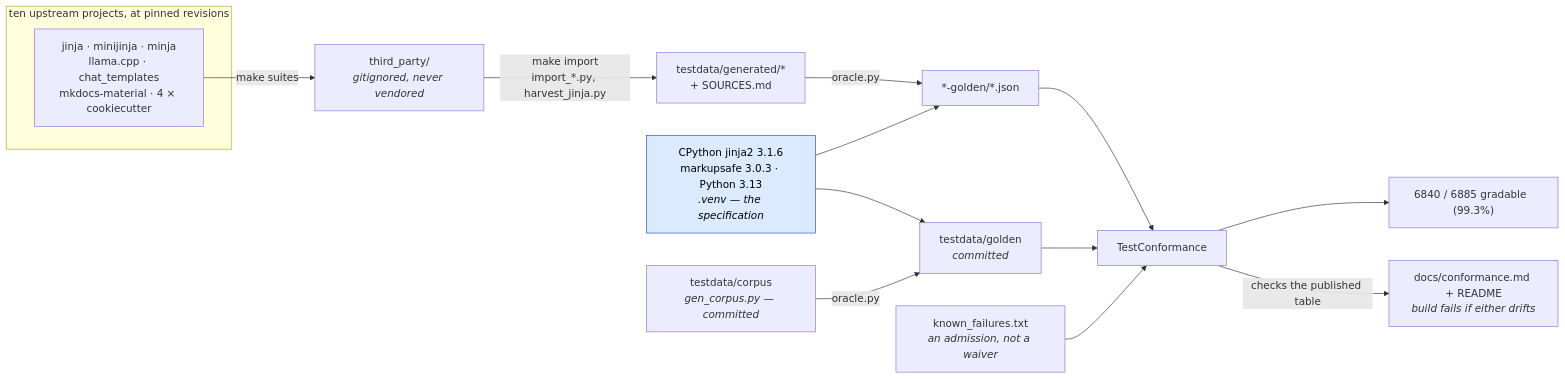
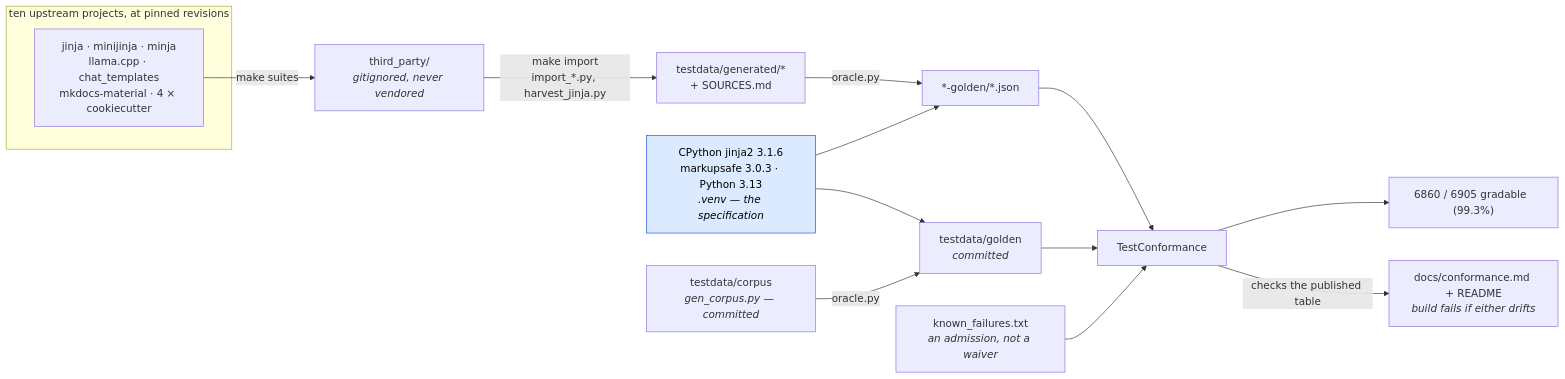
The first of 2 diagrams in docs/conformance.md (mgilbir/gojja2), drawn with Mermaid before and after one commit. The commit also changed other lines of this file and 64 other files, not shown here.

````diff
--- a/docs/conformance.md
+++ b/docs/conformance.md
@@ -17,24 +17,24 @@
 ```mermaid
 flowchart LR
     subgraph up["ten upstream projects, at pinned revisions"]
         U1["jinja · minijinja · minja<br/>llama.cpp · chat_templates<br/>mkdocs-material · 4 × cookiecutter"]
     end
     U1 -->|"make suites"| TP["third_party/<br/><i>gitignored, never vendored</i>"]
     TP -->|"make import<br/>import_*.py, harvest_jinja.py"| GEN["testdata/generated/*<br/>+ SOURCES.md"]
 
     ORA["CPython jinja2 3.1.6<br/>markupsafe 3.0.3 · Python 3.13<br/><i>.venv — the specification</i>"]
     GEN -->|"oracle.py"| G2["*-golden/*.json"]
     ORA --> G2
 
     OWN["testdata/corpus<br/><i>gen_corpus.py — committed</i>"] -->|"oracle.py"| G1["testdata/golden<br/><i>committed</i>"]
     ORA --> G1
 
     G1 --> TC["TestConformance"]
     G2 --> TC
     KF["known_failures.txt<br/><i>an admission, not a waiver</i>"] --> TC
-    TC --> RATE["6840 / 6885 gradable  (99.3%)"]
+    TC --> RATE["6860 / 6905 gradable  (99.3%)"]
     TC -->|"checks the published table"| RM["docs/conformance.md + README<br/><i>build fails if either drifts</i>"]
 
     classDef spec fill:#dbeafe,stroke:#1d4ed8,color:#000
     class ORA spec
 ```
````
